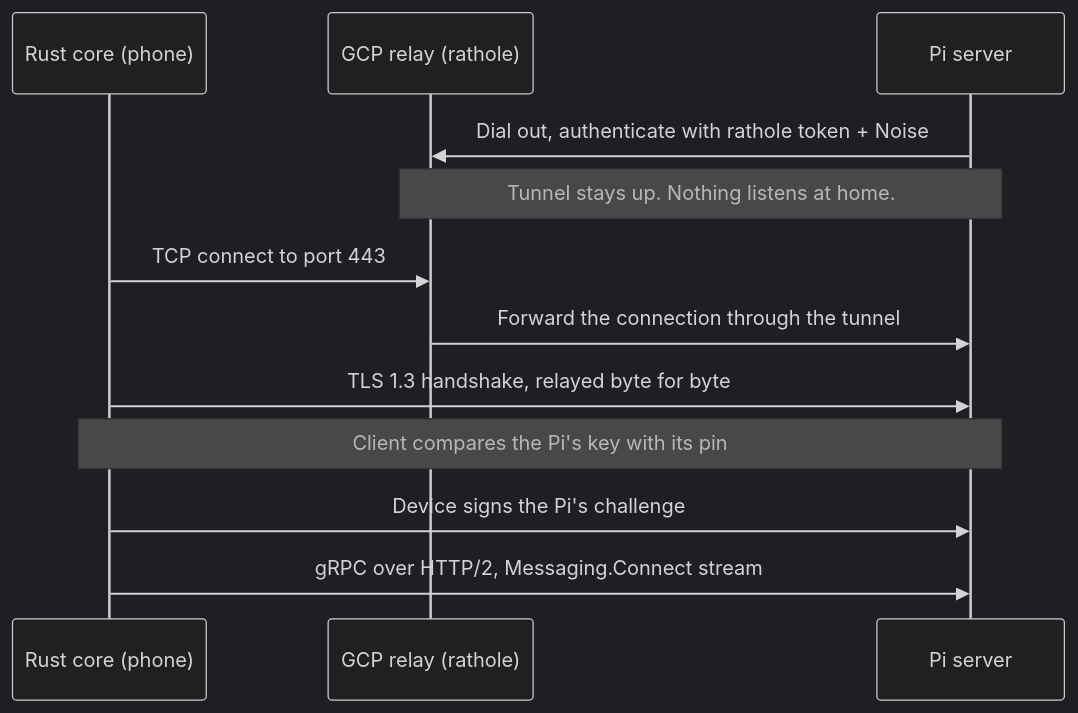
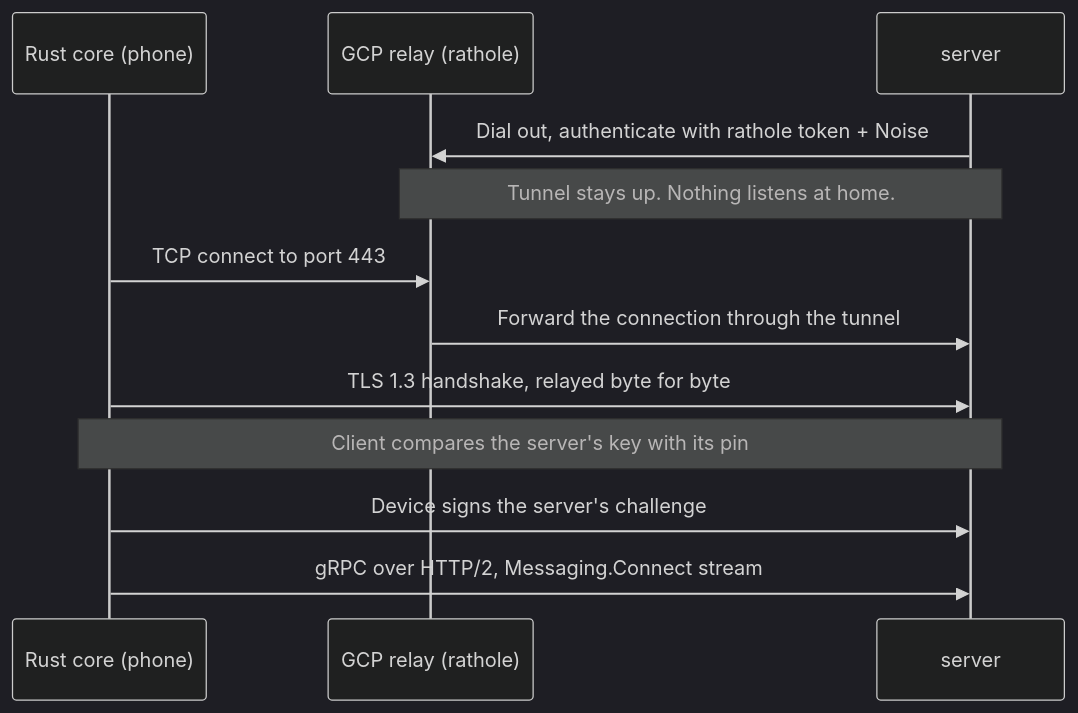
Before and after one commit to koppathachan/vyajena: the fourth of 4 diagrams in docs/architecture-decisions.md, drawn with Mermaid (dark theme). The commit also changed other lines of this file and 437 other files, not shown here.

````diff
--- a/docs/architecture-decisions.md
+++ b/docs/architecture-decisions.md
@@ -189,14 +189,14 @@
 ```mermaid
 sequenceDiagram
   participant C as Rust core (phone)
   participant R as GCP relay (rathole)
-  participant P as Pi server
+  participant P as server
   P->>R: Dial out, authenticate with rathole token + Noise
   Note over R,P: Tunnel stays up. Nothing listens at home.
   C->>R: TCP connect to port 443
   R->>P: Forward the connection through the tunnel
   C->>P: TLS 1.3 handshake, relayed byte for byte
-  Note over C,P: Client compares the Pi's key with its pin
-  C->>P: Device signs the Pi's challenge
+  Note over C,P: Client compares the server's key with its pin
+  C->>P: Device signs the server's challenge
   C->>P: gRPC over HTTP/2, Messaging.Connect stream
 ```
````
